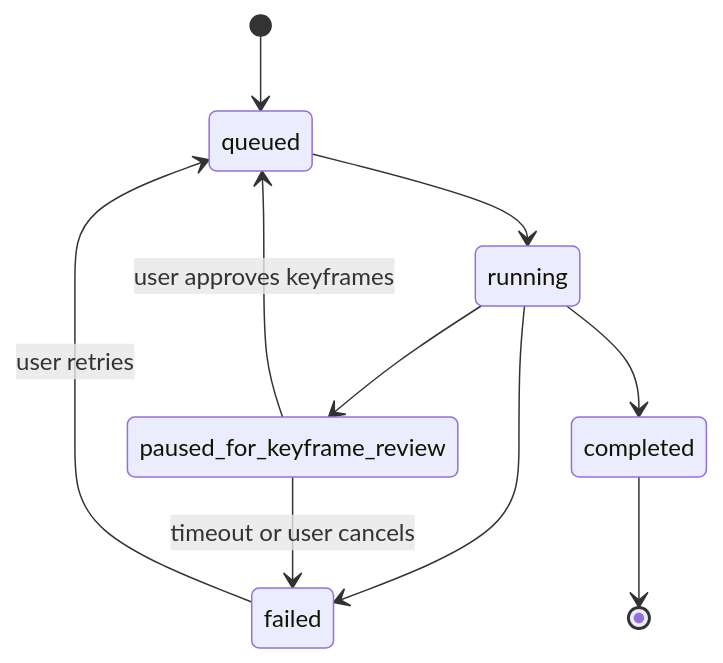
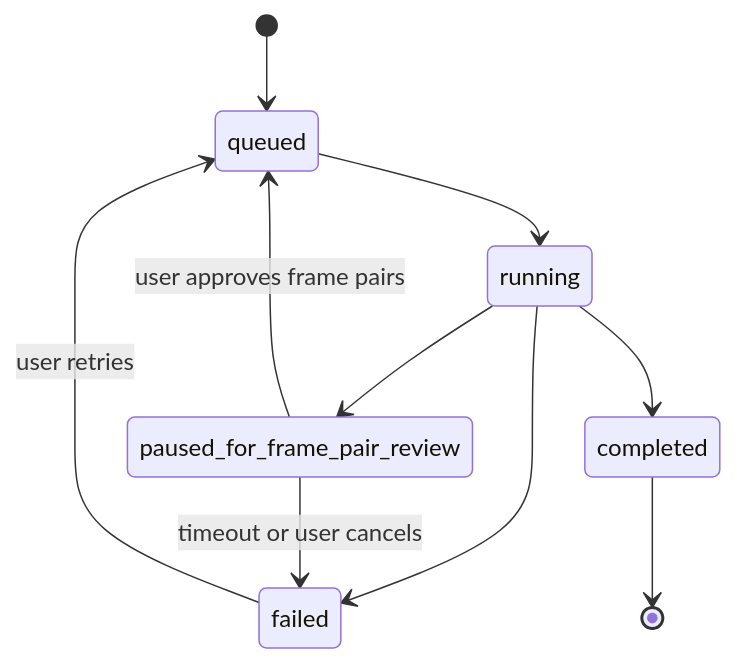
Before and after one commit to MdRahmatUllah/gen-reels: the diagram in docs/architecture/05-job-orchestration-and-render-pipeline.md, drawn with Mermaid. The commit also changed other lines of this file and 49 other files, not shown here.

Commit message:
docs: initialize project documentation including architecture, implementation plans, and phase roadmaps

````diff
--- a/docs/architecture/05-job-orchestration-and-render-pipeline.md
+++ b/docs/architecture/05-job-orchestration-and-render-pipeline.md
@@ -38,12 +39,12 @@
 ```mermaid
 stateDiagram-v2
     [*] --> queued
     queued --> running
-    running --> paused_for_keyframe_review
+    running --> paused_for_frame_pair_review
     running --> failed
     running --> completed
-    paused_for_keyframe_review --> queued : user approves keyframes
-    paused_for_keyframe_review --> failed : timeout or user cancels
+    paused_for_frame_pair_review --> queued : user approves frame pairs
+    paused_for_frame_pair_review --> failed : timeout or user cancels
     failed --> queued : user retries
     completed --> [*]
 ```
````
